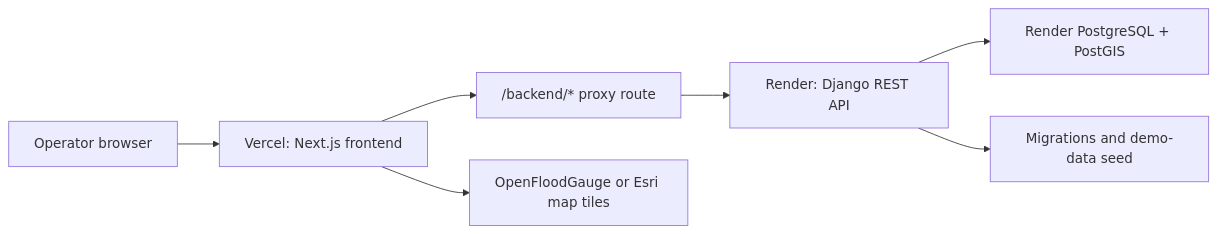
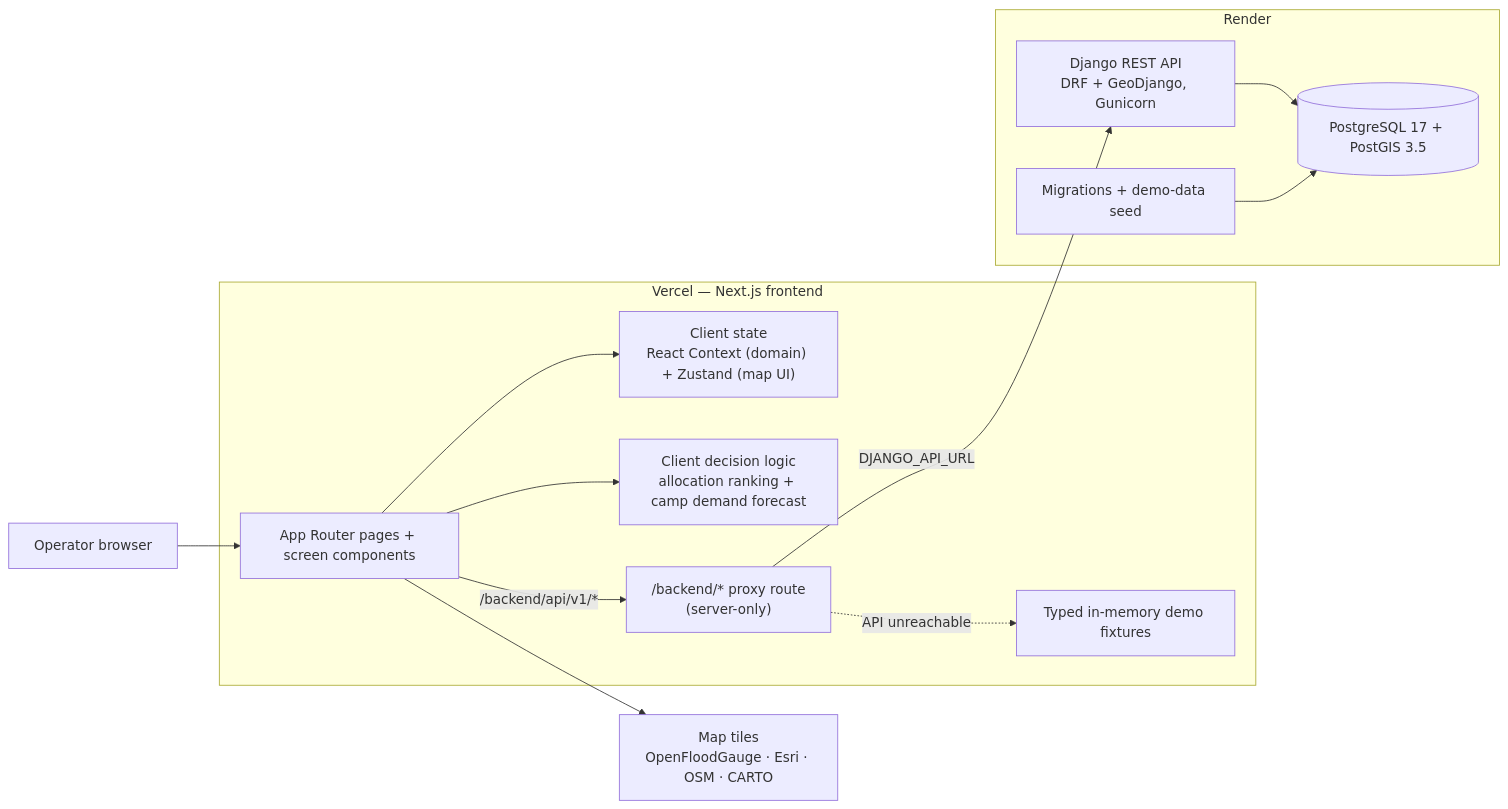
One commit to bbhavya34/ResQFlow changed the first of 4 diagrams in README.md. Above: the diagram before and after it, drawn with Mermaid. The commit also changed other lines of this file and 13 other files, not shown here.

````diff
--- a/README.md
+++ b/README.md
@@ -13,9 +21,30 @@
 ```mermaid
 flowchart LR
-  operator["Operator browser"] --> vercel["Vercel: Next.js frontend"]
-  vercel --> proxy["/backend/* proxy route"]
-  proxy --> django["Render: Django REST API"]
-  django --> postgis["Render PostgreSQL + PostGIS"]
-  vercel --> maps["OpenFloodGauge or Esri map tiles"]
-  django --> seed["Migrations and demo-data seed"]
+  operator["Operator browser"]
+
+  subgraph vercel["Vercel — Next.js frontend"]
+    ui["App Router pages + screen components"]
+    stores["Client state<br/>React Context (domain) + Zustand (map UI)"]
+    logic["Client decision logic<br/>allocation ranking + camp demand forecast"]
+    proxy["/backend/* proxy route<br/>(server-only)"]
+    demo["Typed in-memory demo fixtures"]
+  end
+
+  subgraph render["Render"]
+    django["Django REST API<br/>DRF + GeoDjango, Gunicorn"]
+    postgis[("PostgreSQL 17 + PostGIS 3.5")]
+    seed["Migrations + demo-data seed"]
+  end
+
+  tiles["Map tiles<br/>OpenFloodGauge · Esri · OSM · CARTO"]
+
+  operator --> ui
+  ui --> stores
+  ui --> logic
+  ui -->|"/backend/api/v1/*"| proxy
+  proxy -->|"DJANGO_API_URL"| django
+  proxy -. "API unreachable" .-> demo
+  django --> postgis
+  seed --> postgis
+  ui --> tiles
 ```
````
